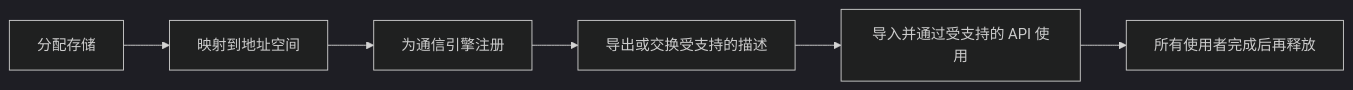
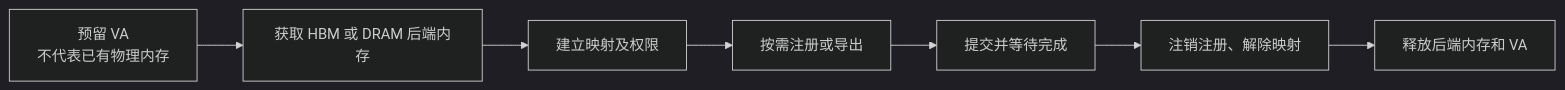
The diagram in docs/zh/infra/memory-addressing.md (nbbb24/KeyNotes), drawn with Mermaid (dark theme) before and after one commit. The commit also changed other lines of this file and 10 other files, not shown here.

````diff
--- a/docs/zh/infra/memory-addressing.md
+++ b/docs/zh/infra/memory-addressing.md
@@ -21,8 +42,9 @@
 ```mermaid
 flowchart LR
-    A[分配存储] --> B[映射到地址空间]
-    B --> C[为通信引擎注册]
-    C --> D[导出或交换受支持的描述]
-    D --> E[导入并通过受支持的 API 使用]
-    E --> F[所有使用者完成后再释放]
+    A[预留 VA<br/>不代表已有物理内存] --> B[获取 HBM 或 DRAM 后端内存]
+    B --> C[建立映射及权限]
+    C --> D[按需注册或导出]
+    D --> E[提交并等待完成]
+    E --> F[注销注册、解除映射]
+    F --> G[释放后端内存和 VA]
 ```
````
